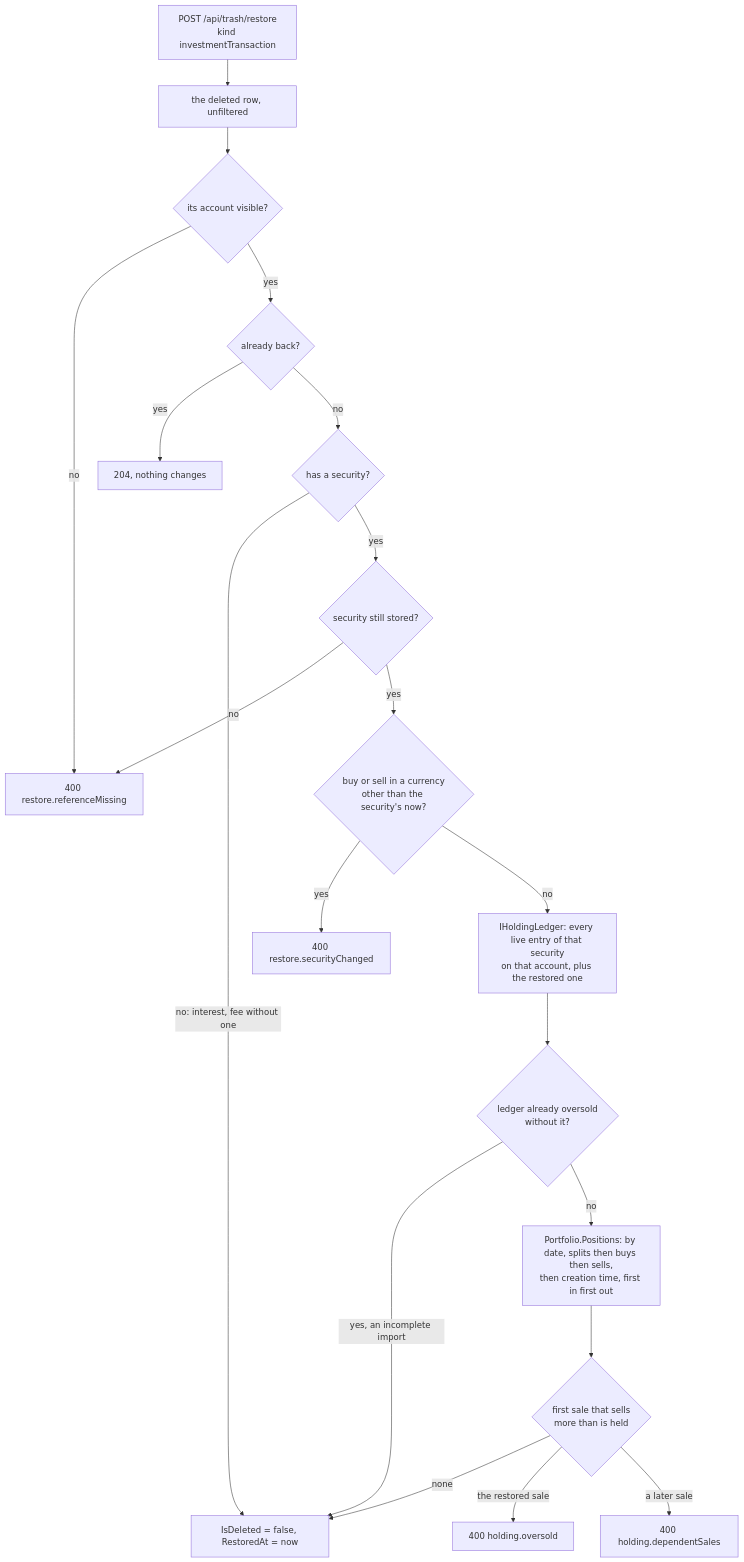
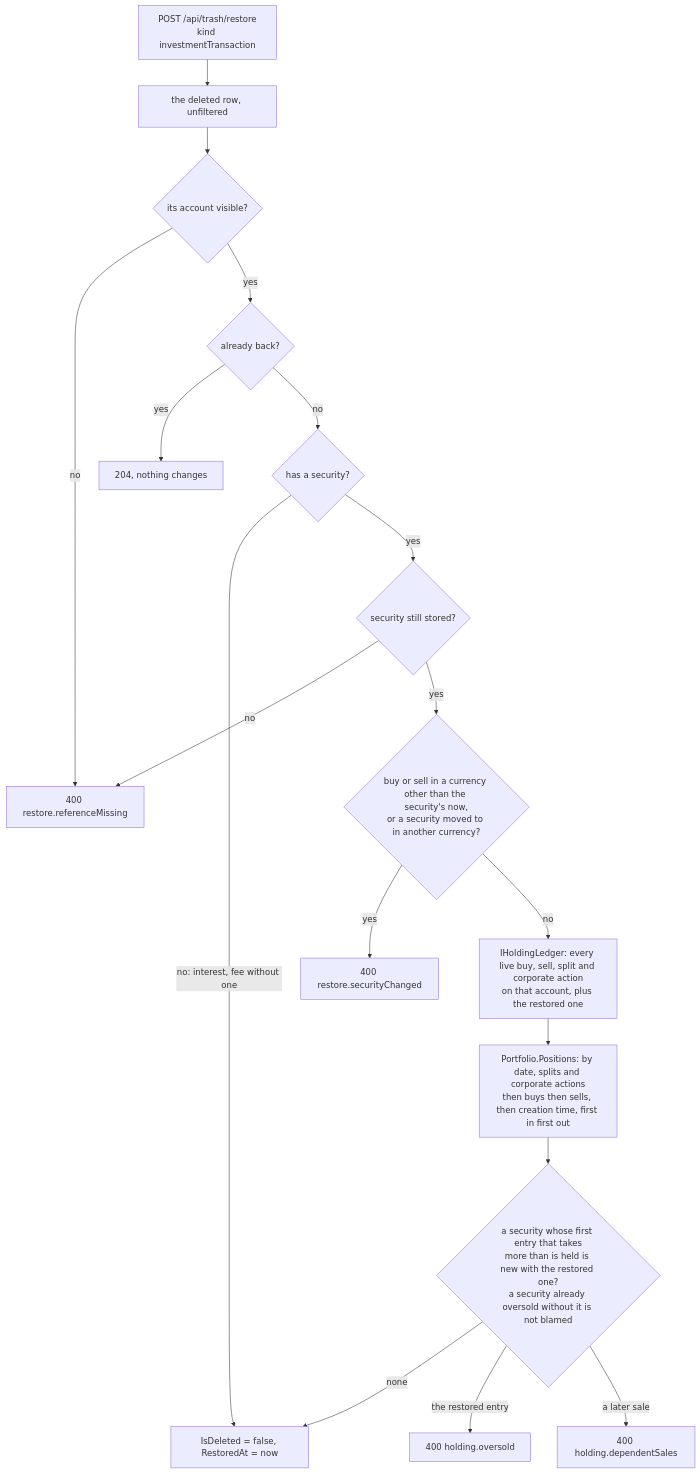
One commit to Justxs/Jx-Finance changed the eighth of 10 diagrams in docs/features/investments.md. Above: the diagram before and after it, drawn with Mermaid. The commit also changed other lines of this file and 67 other files, not shown here.

````diff
--- a/docs/features/investments.md
+++ b/docs/features/investments.md
@@ -215,22 +231,20 @@
 ```mermaid
 flowchart TD
     Req["POST /api/trash/restore<br/>kind investmentTransaction"] --> Load["the deleted row, unfiltered"]
     Load --> Acc{"its account visible?"}
     Acc -->|"no"| Missing["400 restore.referenceMissing"]
     Acc -->|"yes"| Back{"already back?"}
     Back -->|"yes"| Done["204, nothing changes"]
     Back -->|"no"| Sec{"has a security?"}
     Sec -->|"no: interest, fee without one"| Flip["IsDeleted = false, RestoredAt = now"]
     Sec -->|"yes"| Stored{"security still stored?"}
     Stored -->|"no"| Missing
-    Stored -->|"yes"| Cur{"buy or sell in a currency<br/>other than the security's now?"}
+    Stored -->|"yes"| Cur{"buy or sell in a currency other than the security's now,<br/>or a security moved to in another currency?"}
     Cur -->|"yes"| Changed["400 restore.securityChanged"]
-    Cur -->|"no"| Ledger["IHoldingLedger: every live entry of that security<br/>on that account, plus the restored one"]
-    Ledger --> Before{"ledger already oversold<br/>without it?"}
-    Before -->|"yes, an incomplete import"| Flip
-    Before -->|"no"| Replay["Portfolio.Positions: by date, splits then buys then sells,<br/>then creation time, first in first out"]
-    Replay --> First{"first sale that sells<br/>more than is held"}
+    Cur -->|"no"| Ledger["IHoldingLedger: every live buy, sell, split and corporate action<br/>on that account, plus the restored one"]
+    Ledger --> Replay["Portfolio.Positions: by date, splits and corporate actions<br/>then buys then sells, then creation time, first in first out"]
+    Replay --> First{"a security whose first entry that takes<br/>more than is held is new with the restored one?<br/>a security already oversold without it is not blamed"}
     First -->|"none"| Flip
-    First -->|"the restored sale"| Oversold["400 holding.oversold"]
+    First -->|"the restored entry"| Oversold["400 holding.oversold"]
     First -->|"a later sale"| Dependent["400 holding.dependentSales"]
 ```
````
